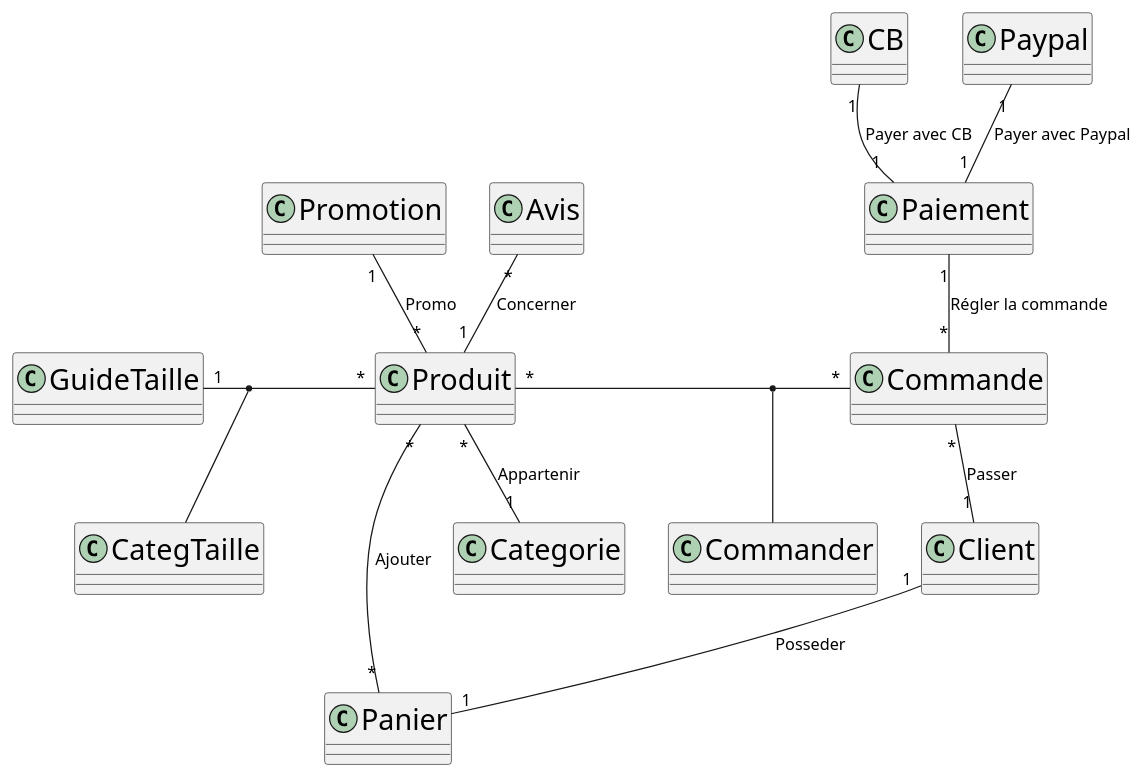
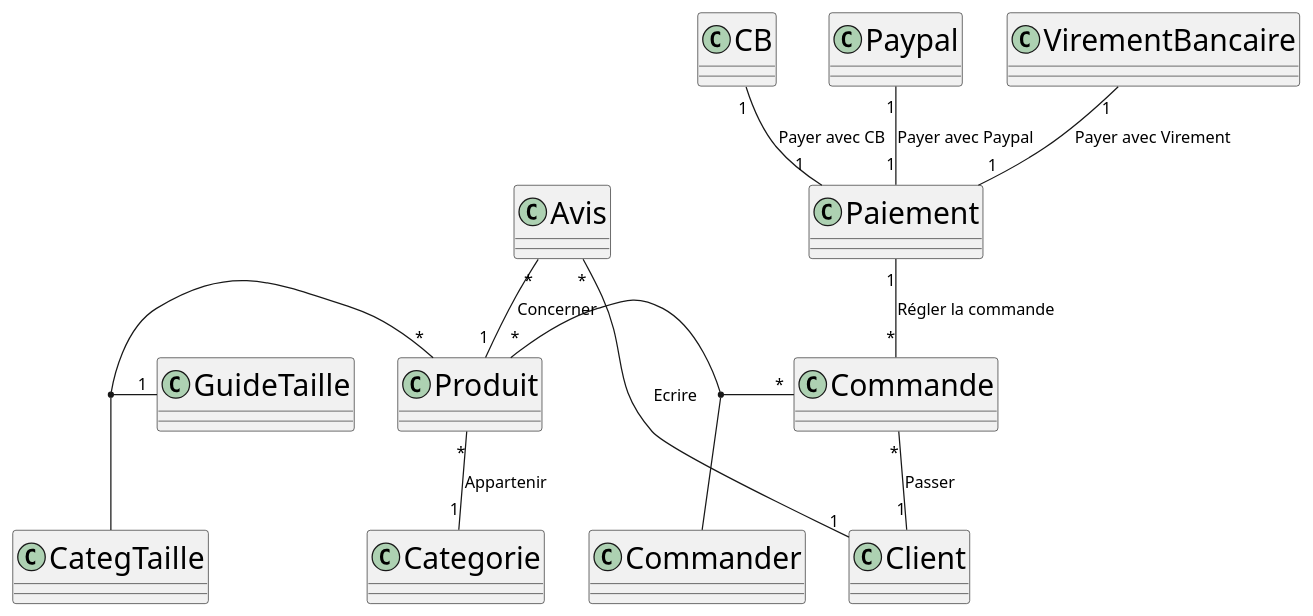
Before and after one commit to IUT-Blagnac/SAE-3-01-DevApp-G11-DisguiseHub: the diagram in docs/BD/Diagramme de Classes Métiers - BD - Version allegée.puml, drawn with PlantUML. The commit also changed other lines of this file and 2 other files, not shown here.

```diff
--- a/docs/BD/Diagramme de Classes Métiers - BD - Version allegée.puml
+++ b/docs/BD/Diagramme de Classes Métiers - BD - Version allegée.puml
@@ -1,32 +1,30 @@
 @startuml Diagramme de classes métiers BD SAE3.01
-skinparam ClassFontSize 23
+skinparam ClassFontSize 24
 
-class Produit 
-class Promotion 
+class Produit
 class CategTaille 
-class GuideTaille 
+class GuideTaille
 class Categorie 
-class Client
-class Panier
-class Commande
+class Client 
+class Commande 
 class Paiement
-class CB
-class Paypal
-class Commander
+class CB 
+class Paypal 
+class VirementBancaire
+class Commander 
 class Avis
 
 Produit "*" -- "1" Categorie: Appartenir
 Paypal "1" -- "1" Paiement : Payer avec Paypal
 CB "1" -- "1" Paiement : Payer avec CB
 Paiement "1" -- "*" Commande : Régler la commande
 Produit "*" - "*" Commande
 (Produit, Commande) -- Commander
-Produit "*" -- "*" Panier : Ajouter
 Commande "*" -- "1" Client: Passer
-Client "1" -- "1" Panier: Posseder
 Avis "*" -- "1" Produit: Concerner
 GuideTaille "1" - "*" Produit
 (GuideTaille, Produit) -- CategTaille
-Promotion "1" -- "*" Produit: Promo
+Avis "*" -- "1" Client: Ecrire
+VirementBancaire "1" -- "1" Paiement : Payer avec Virement
 
 @enduml
```
